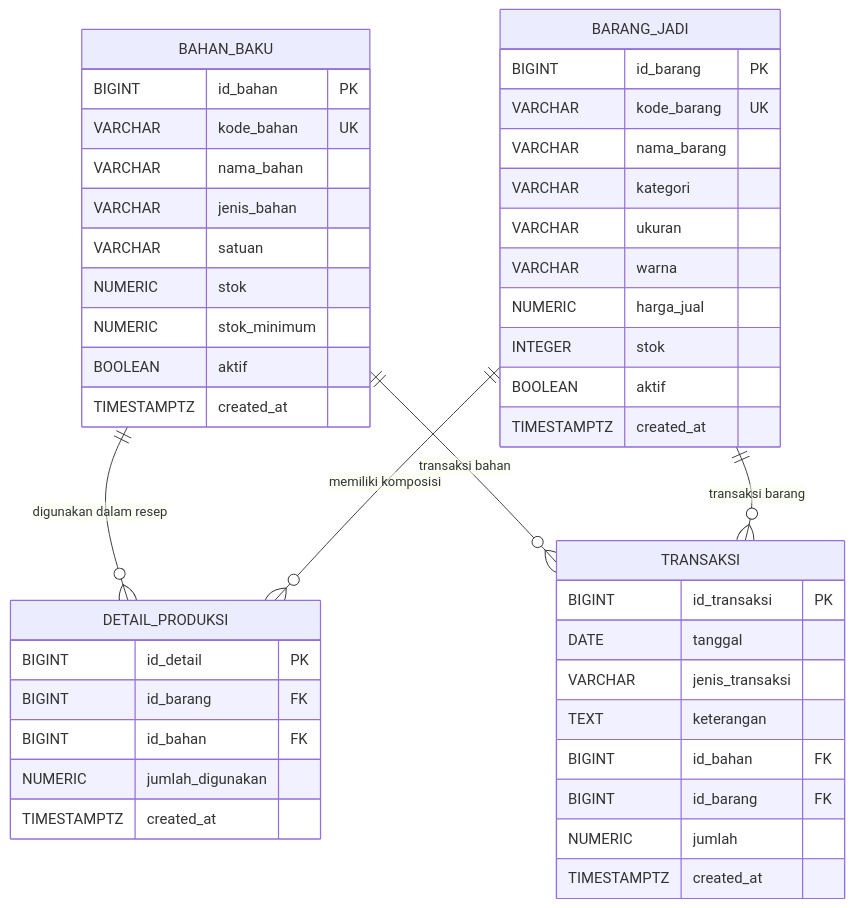
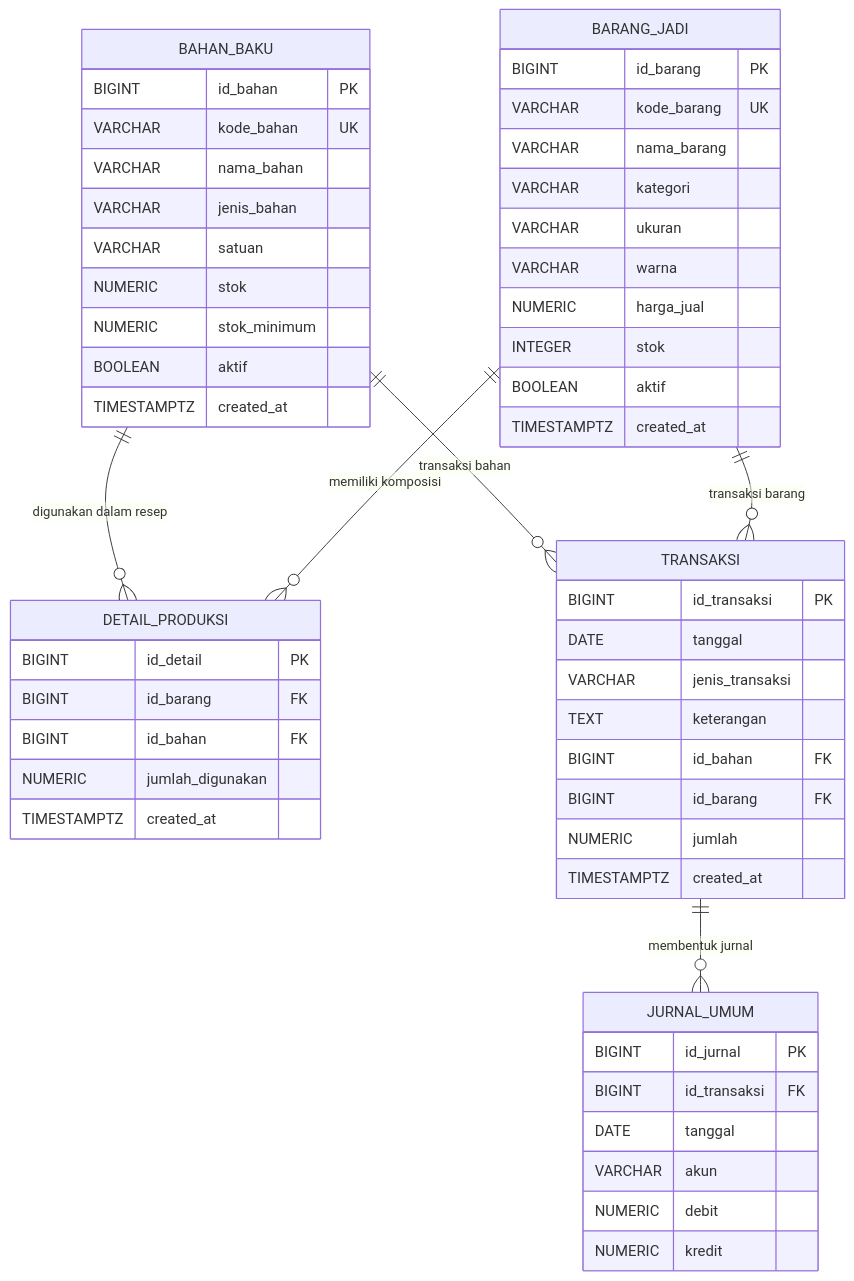
The diagram in backend/docs/skema-database.md (fadilahnur13/sistem-persediaan-toko-butik-fadilah), drawn with Mermaid before and after one commit. The commit also changed other lines of this file and 3 other files, not shown here.

Commit message:
Sync inventory accounting schema and docs

````diff
--- a/backend/docs/skema-database.md
+++ b/backend/docs/skema-database.md
@@ -16,51 +17,61 @@
 ```mermaid
 erDiagram
     BAHAN_BAKU ||--o{ DETAIL_PRODUKSI : "digunakan dalam resep"
     BARANG_JADI ||--o{ DETAIL_PRODUKSI : "memiliki komposisi"
     BAHAN_BAKU ||--o{ TRANSAKSI : "transaksi bahan"
     BARANG_JADI ||--o{ TRANSAKSI : "transaksi barang"
+    TRANSAKSI ||--o{ JURNAL_UMUM : "membentuk jurnal"
 
     BAHAN_BAKU {
         BIGINT id_bahan PK
         VARCHAR kode_bahan UK
         VARCHAR nama_bahan
         VARCHAR jenis_bahan
         VARCHAR satuan
         NUMERIC stok
         NUMERIC stok_minimum
         BOOLEAN aktif
         TIMESTAMPTZ created_at
     }
 
     BARANG_JADI {
         BIGINT id_barang PK
         VARCHAR kode_barang UK
         VARCHAR nama_barang
         VARCHAR kategori
         VARCHAR ukuran
         VARCHAR warna
         NUMERIC harga_jual
         INTEGER stok
         BOOLEAN aktif
         TIMESTAMPTZ created_at
     }
 
     DETAIL_PRODUKSI {
         BIGINT id_detail PK
         BIGINT id_barang FK
         BIGINT id_bahan FK
         NUMERIC jumlah_digunakan
         TIMESTAMPTZ created_at
     }
 
     TRANSAKSI {
         BIGINT id_transaksi PK
         DATE tanggal
         VARCHAR jenis_transaksi
         TEXT keterangan
         BIGINT id_bahan FK
         BIGINT id_barang FK
         NUMERIC jumlah
         TIMESTAMPTZ created_at
     }
+
+    JURNAL_UMUM {
+        BIGINT id_jurnal PK
+        BIGINT id_transaksi FK
+        DATE tanggal
+        VARCHAR akun
+        NUMERIC debit
+        NUMERIC kredit
+    }
 ```
````
